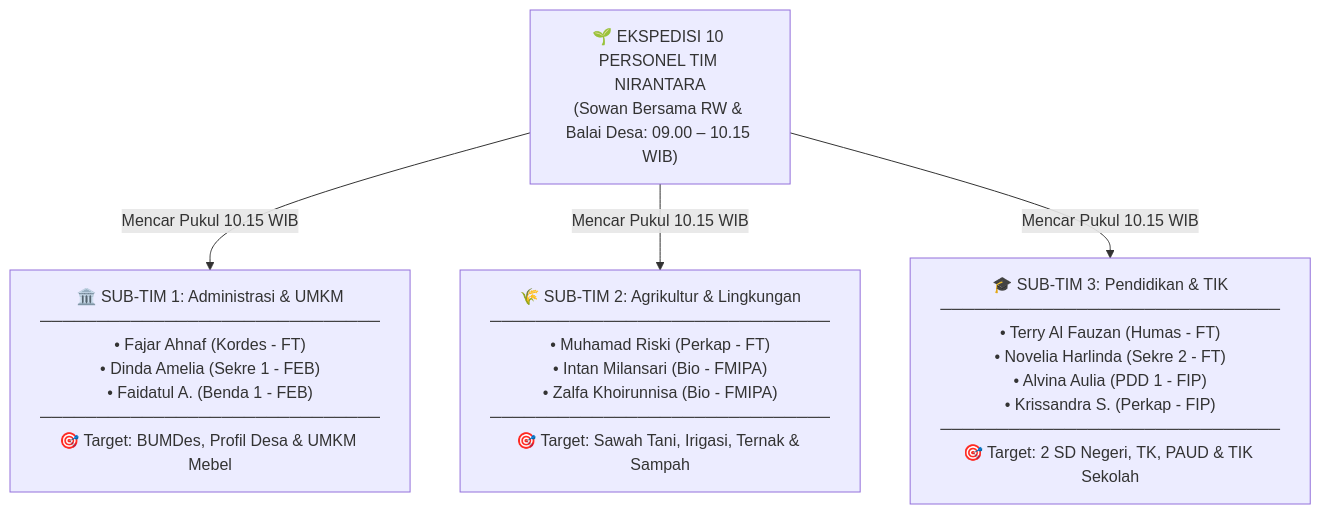
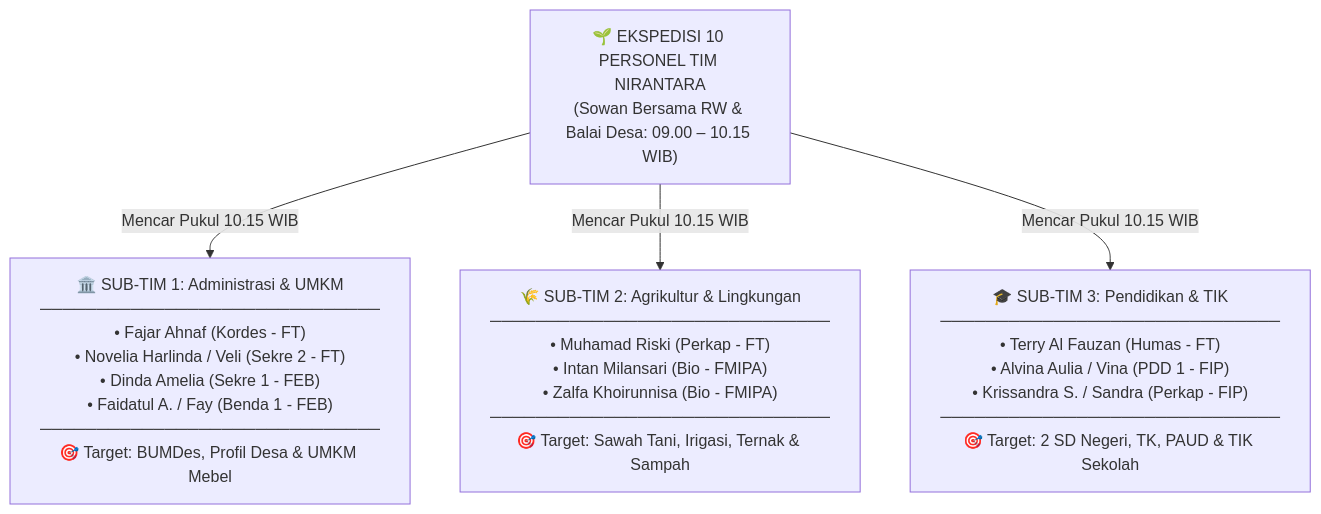
One commit to anothersunrisee/uny-plk changed the diagram in Tim PLK/02 - Fase Pre-PLK/04 - Integrasi Kelompok & Survei Klaten/03 - Panduan & Pembagian Tugas Survei Lapangan Sabtu (6-8 Orang).md. Above: the diagram before and after it, drawn with Mermaid. The commit also changed other lines of this file and 1 other file, not shown here.

Commit message:
docs: perbarui komposisi sub-tim 1 fajar veli dinda fay dan sub-tim 3 terry vina sandra

````diff
--- a/Tim PLK/02 - Fase Pre-PLK/04 - Integrasi Kelompok & Survei Klaten/03 - Panduan & Pembagian Tugas Survei Lapangan Sabtu (6-8 Orang).md
+++ b/Tim PLK/02 - Fase Pre-PLK/04 - Integrasi Kelompok & Survei Klaten/03 - Panduan & Pembagian Tugas Survei Lapangan Sabtu (6-8 Orang).md
@@ -23,10 +23,10 @@
 ```mermaid
 flowchart TD
     EKSPEDISI["🌱 EKSPEDISI 10 PERSONEL TIM NIRANTARA\n(Sowan Bersama RW & Balai Desa: 09.00 – 10.15 WIB)"]
 
-    EKSPEDISI -->|"Mencar Pukul 10.15 WIB"| T1["🏛️ SUB-TIM 1: Administrasi & UMKM\n──────────────────────────────\n• Fajar Ahnaf (Kordes - FT)\n• Dinda Amelia (Sekre 1 - FEB)\n• Faidatul A. (Benda 1 - FEB)\n──────────────────────────────\n🎯 Target: BUMDes, Profil Desa & UMKM Mebel"]
+    EKSPEDISI -->|"Mencar Pukul 10.15 WIB"| T1["🏛️ SUB-TIM 1: Administrasi & UMKM\n──────────────────────────────\n• Fajar Ahnaf (Kordes - FT)\n• Novelia Harlinda / Veli (Sekre 2 - FT)\n• Dinda Amelia (Sekre 1 - FEB)\n• Faidatul A. / Fay (Benda 1 - FEB)\n──────────────────────────────\n🎯 Target: BUMDes, Profil Desa & UMKM Mebel"]
 
     EKSPEDISI -->|"Mencar Pukul 10.15 WIB"| T2["🌾 SUB-TIM 2: Agrikultur & Lingkungan\n──────────────────────────────\n• Muhamad Riski (Perkap - FT)\n• Intan Milansari (Bio - FMIPA)\n• Zalfa Khoirunnisa (Bio - FMIPA)\n──────────────────────────────\n🎯 Target: Sawah Tani, Irigasi, Ternak & Sampah"]
 
-    EKSPEDISI -->|"Mencar Pukul 10.15 WIB"| T3["🎓 SUB-TIM 3: Pendidikan & TIK\n──────────────────────────────\n• Terry Al Fauzan (Humas - FT)\n• Novelia Harlinda (Sekre 2 - FT)\n• Alvina Aulia (PDD 1 - FIP)\n• Krissandra S. (Perkap - FIP)\n──────────────────────────────\n🎯 Target: 2 SD Negeri, TK, PAUD & TIK Sekolah"]
+    EKSPEDISI -->|"Mencar Pukul 10.15 WIB"| T3["🎓 SUB-TIM 3: Pendidikan & TIK\n──────────────────────────────\n• Terry Al Fauzan (Humas - FT)\n• Alvina Aulia / Vina (PDD 1 - FIP)\n• Krissandra S. / Sandra (Perkap - FIP)\n──────────────────────────────\n🎯 Target: 2 SD Negeri, TK, PAUD & TIK Sekolah"]
 ```
````
